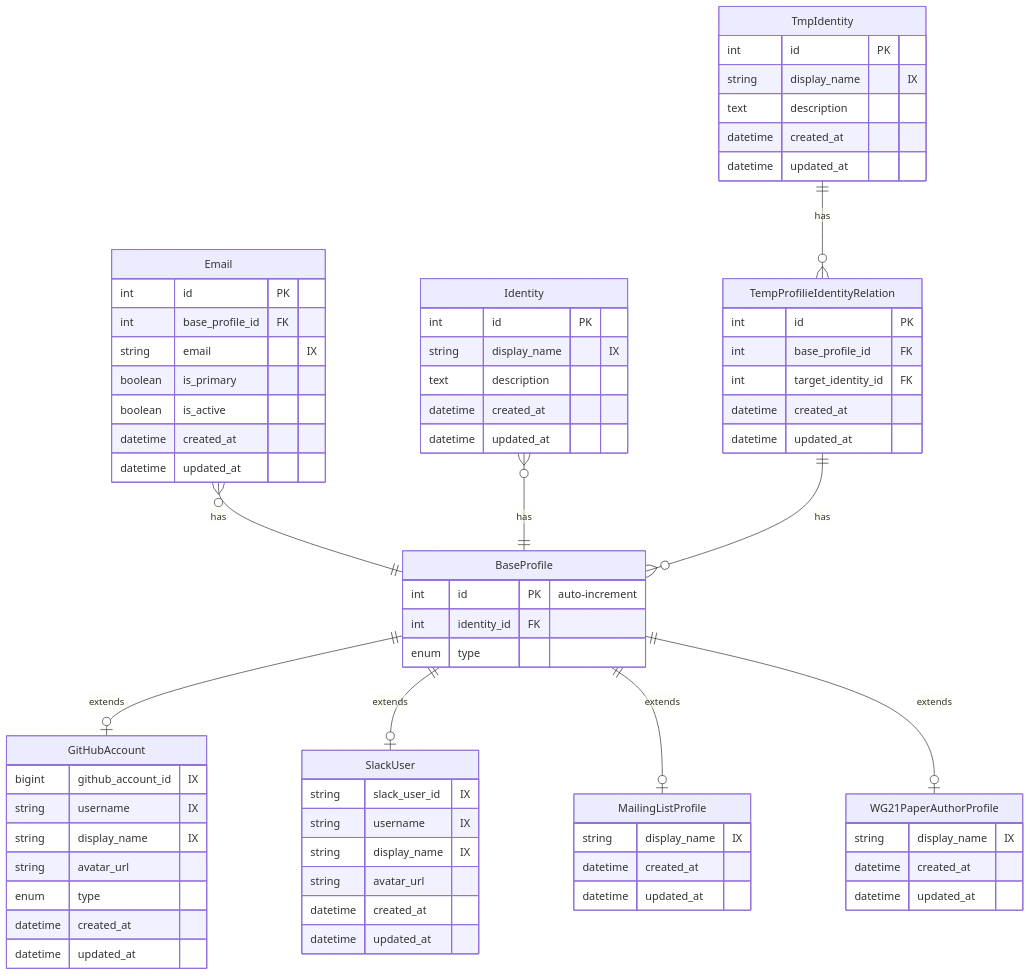
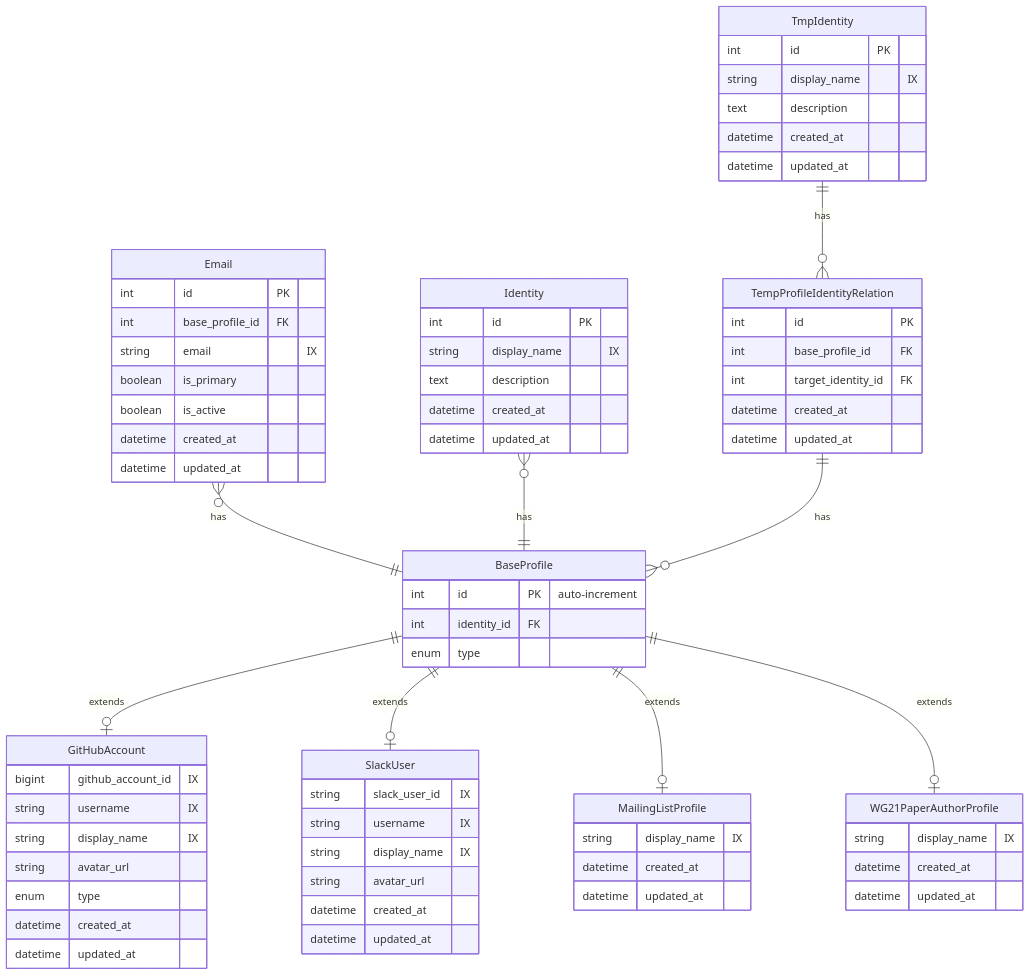
Before and after one commit to cppalliance/boost-data-collector: the first of 12 diagrams in docs/Schema.md, drawn with Mermaid. The commit also changed other lines of this file and 10 other files, not shown here.

Commit message:
#11 - Update the code according to review: Change table name(TempProfilieIdentityRelation->TempProfileIdentityRelation), Remove run_github_activity_tracker in docs, Update the structure in README.md file

```diff
--- a/docs/Schema.md
+++ b/docs/Schema.md
@@ -21,8 +21,8 @@
     BaseProfile ||--o| MailingListProfile : "extends"
     BaseProfile ||--o| WG21PaperAuthorProfile : "extends"
     Identity }o--|| BaseProfile  : "has"
-    TempProfilieIdentityRelation ||--o{ BaseProfile  : "has"
-    TmpIdentity ||--o{ TempProfilieIdentityRelation : "has"
+    TempProfileIdentityRelation ||--o{ BaseProfile  : "has"
+    TmpIdentity ||--o{ TempProfileIdentityRelation : "has"
 
 
     BaseProfile {
@@ -88,7 +88,7 @@
         datetime updated_at
     }
 
-    TempProfilieIdentityRelation {
+    TempProfileIdentityRelation {
         int id PK
         int base_profile_id FK
         int target_identity_id FK
```
